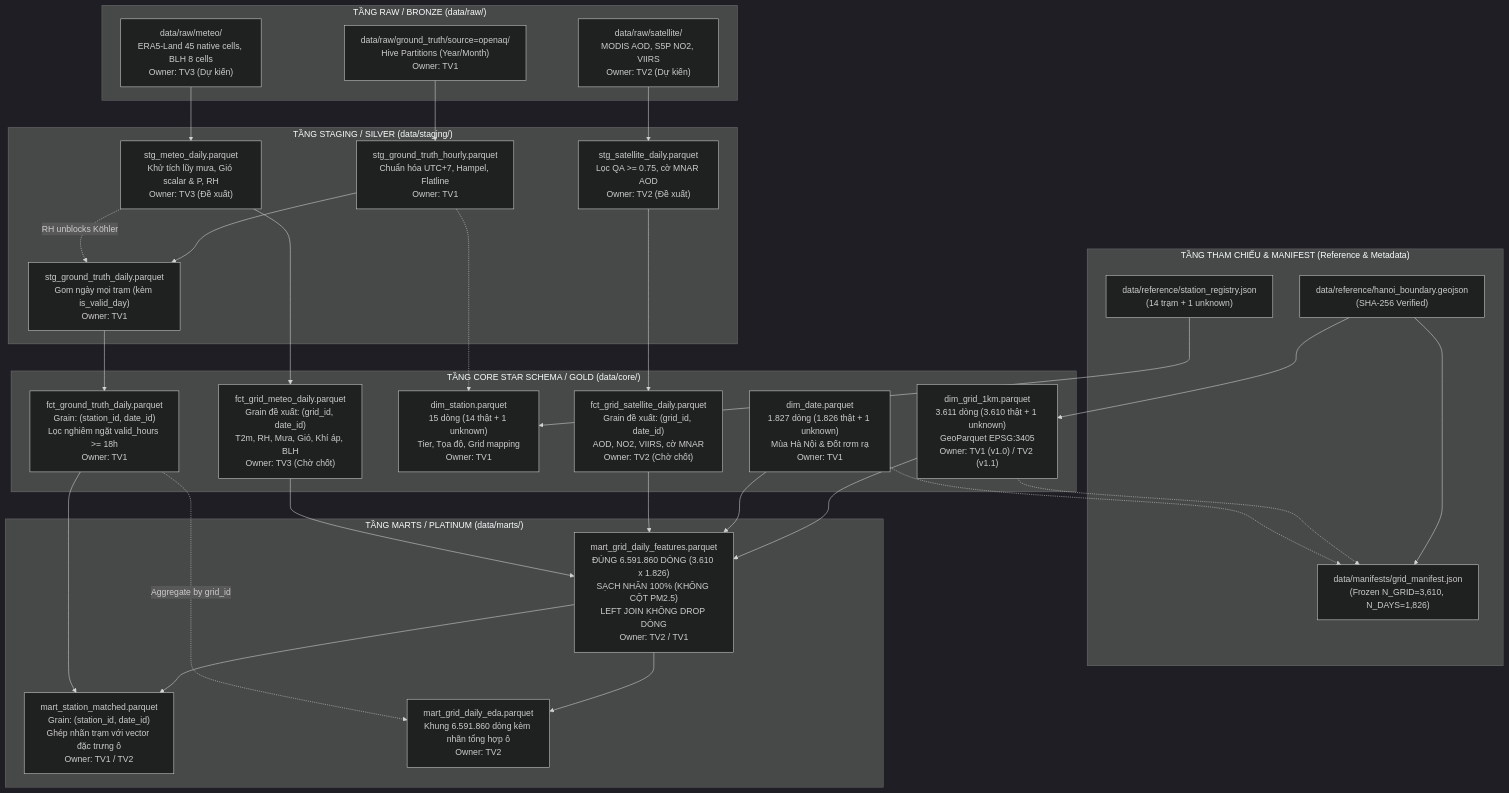
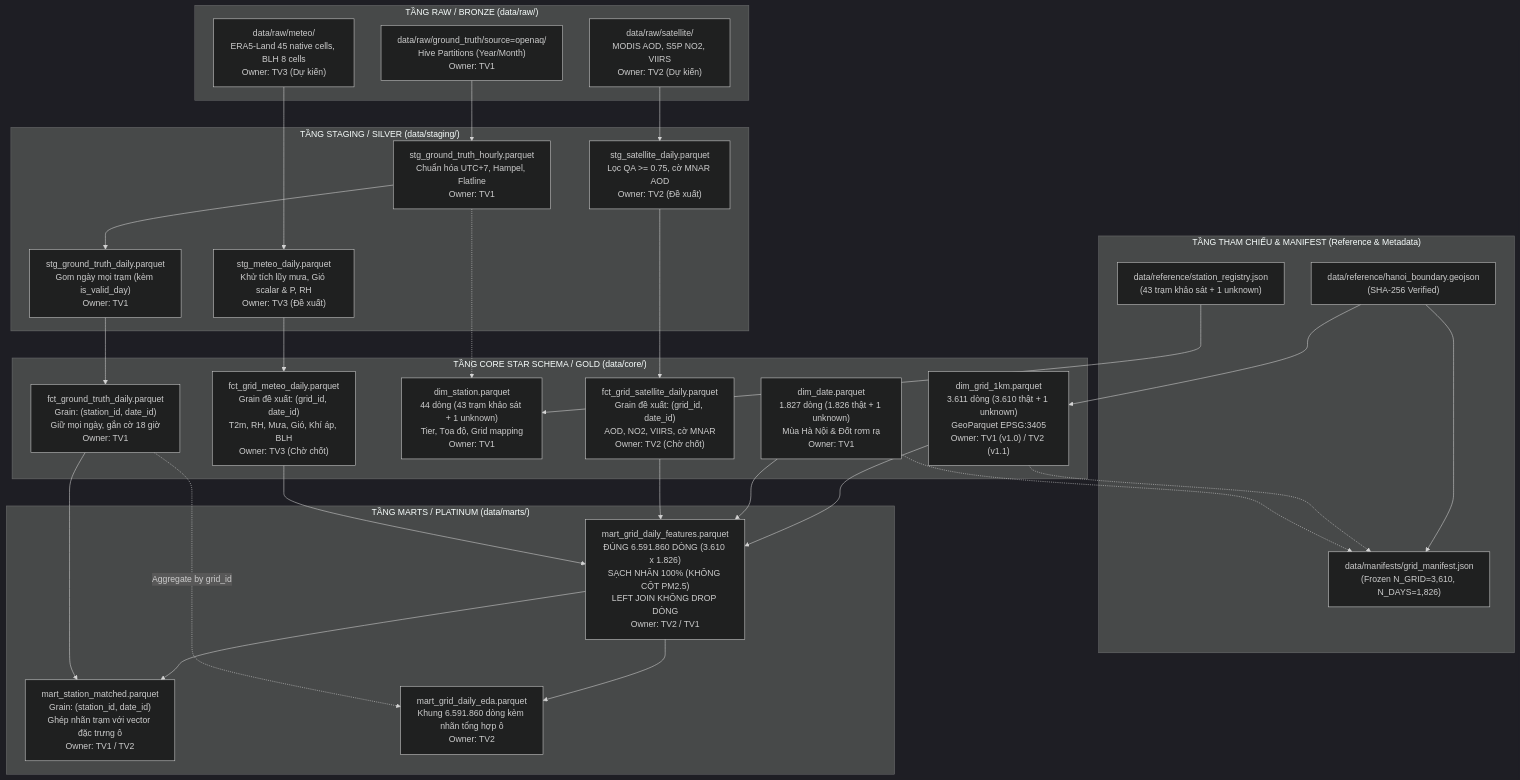
One commit to NguyenThinh06/hanoi_pm25 changed the diagram in docs/schema.md. Above: the diagram before and after it, drawn with Mermaid (dark theme). The commit also changed other lines of this file and 6 other files, not shown here.

Commit message:
chốt fact tính thêm cả ngày không valid, pm25 daily tính theo mean

````diff
--- a/docs/schema.md
+++ b/docs/schema.md
@@ -45,61 +45,60 @@
 ```mermaid
 flowchart TD
     subgraph S_REF ["TẦNG THAM CHIẾU & MANIFEST (Reference & Metadata)"]
         R1["data/reference/hanoi_boundary.geojson<br/>(SHA-256 Verified)"]
         R2["data/manifests/grid_manifest.json<br/>(Frozen N_GRID=3,610, N_DAYS=1,826)"]
-        R3["data/reference/station_registry.json<br/>(14 trạm + 1 unknown)"]
+        R3["data/reference/station_registry.json<br/>(43 trạm khảo sát + 1 unknown)"]
     end
 
     subgraph S_RAW ["TẦNG RAW / BRONZE (data/raw/)"]
         RAW_STN["data/raw/ground_truth/source=openaq/<br/>Hive Partitions (Year/Month)<br/>Owner: TV1"]
         RAW_SAT["data/raw/satellite/<br/>MODIS AOD, S5P NO2, VIIRS<br/>Owner: TV2 (Dự kiến)"]
         RAW_MET["data/raw/meteo/<br/>ERA5-Land 45 native cells, BLH 8 cells<br/>Owner: TV3 (Dự kiến)"]
     end
 
     subgraph S_STG ["TẦNG STAGING / SILVER (data/staging/)"]
         STG_HR["stg_ground_truth_hourly.parquet<br/>Chuẩn hóa UTC+7, Hampel, Flatline<br/>Owner: TV1"]
         STG_STN_D["stg_ground_truth_daily.parquet<br/>Gom ngày mọi trạm (kèm is_valid_day)<br/>Owner: TV1"]
         STG_SAT_D["stg_satellite_daily.parquet<br/>Lọc QA >= 0.75, cờ MNAR AOD<br/>Owner: TV2 (Đề xuất)"]
         STG_MET_D["stg_meteo_daily.parquet<br/>Khử tích lũy mưa, Gió scalar & P, RH<br/>Owner: TV3 (Đề xuất)"]
     end
 
     subgraph S_CORE ["TẦNG CORE STAR SCHEMA / GOLD (data/core/)"]
         DIM_G["dim_grid_1km.parquet<br/>3.611 dòng (3.610 thật + 1 unknown)<br/>GeoParquet EPSG:3405<br/>Owner: TV1 (v1.0) / TV2 (v1.1)"]
         DIM_D["dim_date.parquet<br/>1.827 dòng (1.826 thật + 1 unknown)<br/>Mùa Hà Nội & Đốt rơm rạ<br/>Owner: TV1"]
-        DIM_S["dim_station.parquet<br/>15 dòng (14 thật + 1 unknown)<br/>Tier, Tọa độ, Grid mapping<br/>Owner: TV1"]
-        FCT_GT["fct_ground_truth_daily.parquet<br/>Grain: (station_id, date_id)<br/>Lọc nghiêm ngặt valid_hours >= 18h<br/>Owner: TV1"]
+        DIM_S["dim_station.parquet<br/>44 dòng (43 trạm khảo sát + 1 unknown)<br/>Tier, Tọa độ, Grid mapping<br/>Owner: TV1"]
+        FCT_GT["fct_ground_truth_daily.parquet<br/>Grain: (station_id, date_id)<br/>Giữ mọi ngày, gắn cờ 18 giờ<br/>Owner: TV1"]
         FCT_SAT["fct_grid_satellite_daily.parquet<br/>Grain đề xuất: (grid_id, date_id)<br/>AOD, NO2, VIIRS, cờ MNAR<br/>Owner: TV2 (Chờ chốt)"]
         FCT_MET["fct_grid_meteo_daily.parquet<br/>Grain đề xuất: (grid_id, date_id)<br/>T2m, RH, Mưa, Gió, Khí áp, BLH<br/>Owner: TV3 (Chờ chốt)"]
     end
 
     subgraph S_MARTS ["TẦNG MARTS / PLATINUM (data/marts/)"]
         MART_FEAT["mart_grid_daily_features.parquet<br/>ĐÚNG 6.591.860 DÒNG (3.610 x 1.826)<br/>SẠCH NHÃN 100% (KHÔNG CỘT PM2.5)<br/>LEFT JOIN KHÔNG DROP DÒNG<br/>Owner: TV2 / TV1"]
         MART_MATCH["mart_station_matched.parquet<br/>Grain: (station_id, date_id)<br/>Ghép nhãn trạm với vector đặc trưng ô<br/>Owner: TV1 / TV2"]
         MART_EDA["mart_grid_daily_eda.parquet<br/>Khung 6.591.860 dòng kèm nhãn tổng hợp ô<br/>Owner: TV2"]
     end
 
     %% Pipeline linkages
     R1 --> DIM_G
     R1 --> R2
     DIM_G -.-> R2
     DIM_D -.-> R2
 
     RAW_STN --> STG_HR --> STG_STN_D --> FCT_GT
     R3 --> DIM_S
     STG_HR -.-> DIM_S
 
     RAW_SAT --> STG_SAT_D --> FCT_SAT
     RAW_MET --> STG_MET_D --> FCT_MET
-    STG_MET_D -.->|RH unblocks Köhler| STG_STN_D
 
     DIM_G --> MART_FEAT
     DIM_D --> MART_FEAT
     FCT_SAT --> MART_FEAT
     FCT_MET --> MART_FEAT
 
     MART_FEAT --> MART_MATCH
     FCT_GT --> MART_MATCH
 
     MART_FEAT --> MART_EDA
     FCT_GT -.->|Aggregate by grid_id| MART_EDA
 ```
````
